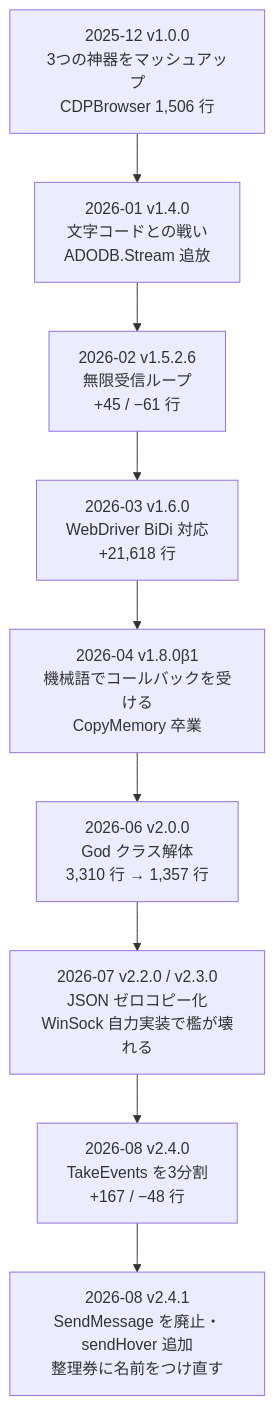
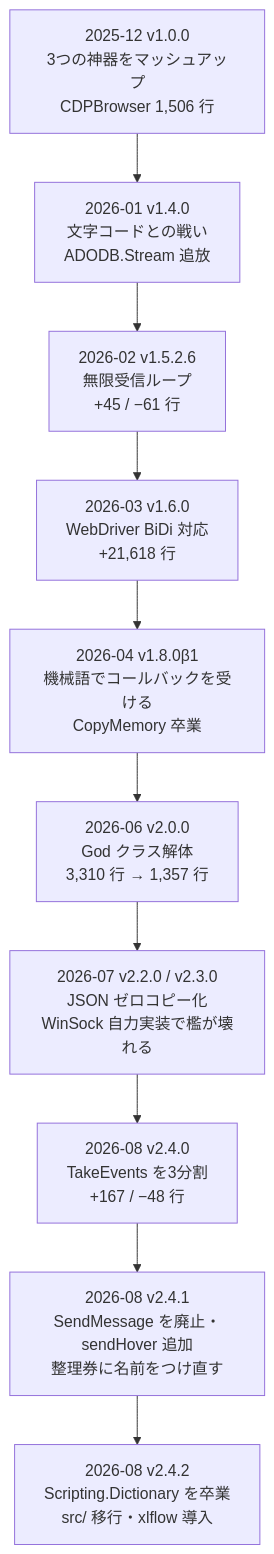
One commit to Eschamali/StarterWebScrapingKit changed the diagram in docs/stories/birth-story.md. Above: the diagram before and after it, drawn with Mermaid. The commit also changed other lines of this file and 9 other files, not shown here.

````diff
--- a/docs/stories/birth-story.md
+++ b/docs/stories/birth-story.md
@@ -702,13 +774,14 @@
 ```mermaid
 flowchart TB
   a["2025-12 v1.0.0<br/>3つの神器をマッシュアップ<br/>CDPBrowser 1,506 行"]
   b["2026-01 v1.4.0<br/>文字コードとの戦い<br/>ADODB.Stream 追放"]
   c["2026-02 v1.5.2.6<br/>無限受信ループ<br/>+45 / −61 行"]
   d["2026-03 v1.6.0<br/>WebDriver BiDi 対応<br/>+21,618 行"]
   e["2026-04 v1.8.0β1<br/>機械語でコールバックを受ける<br/>CopyMemory 卒業"]
   f["2026-06 v2.0.0<br/>God クラス解体<br/>3,310 行 → 1,357 行"]
   g["2026-07 v2.2.0 / v2.3.0<br/>JSON ゼロコピー化<br/>WinSock 自力実装で檻が壊れる"]
   h["2026-08 v2.4.0<br/>TakeEvents を3分割<br/>+167 / −48 行"]
   i["2026-08 v2.4.1<br/>SendMessage を廃止・sendHover 追加<br/>整理券に名前をつけ直す"]
-  a --> b --> c --> d --> e --> f --> g --> h --> i
+  j["2026-08 v2.4.2<br/>Scripting.Dictionary を卒業<br/>src/ 移行・xlflow 導入"]
+  a --> b --> c --> d --> e --> f --> g --> h --> i --> j
 ```
````
